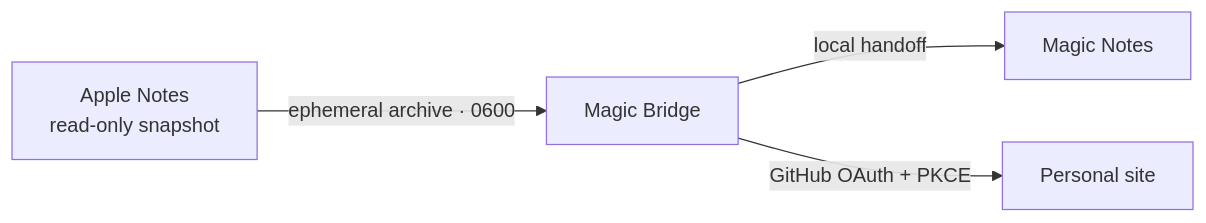
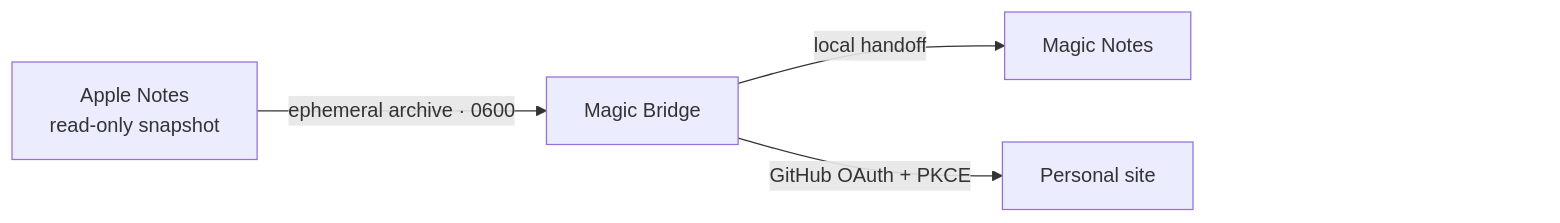
Before and after one commit to Functionhx/magic-bridge: the diagram in README-EN.md, drawn with Mermaid. The commit also changed 1 other file, not shown here.

Commit message:
Keep Mermaid controls clear of nodes

````diff
--- a/README-EN.md
+++ b/README-EN.md
@@ -37,6 +37,10 @@
 ```mermaid
 flowchart LR
     A["Apple Notes<br/>read-only snapshot"] -->|"ephemeral archive · 0600"| B["Magic Bridge"]
     B -->|"local handoff"| C["Magic Notes"]
     B -->|"GitHub OAuth + PKCE"| D["Personal site"]
+    %% Reserve the bottom-right corner for GitHub's Mermaid controls.
+    D ~~~ Z["GitHub diagram controls"]
+    classDef spacer fill:transparent,stroke:transparent,color:transparent;
+    class Z spacer;
 ```
````
